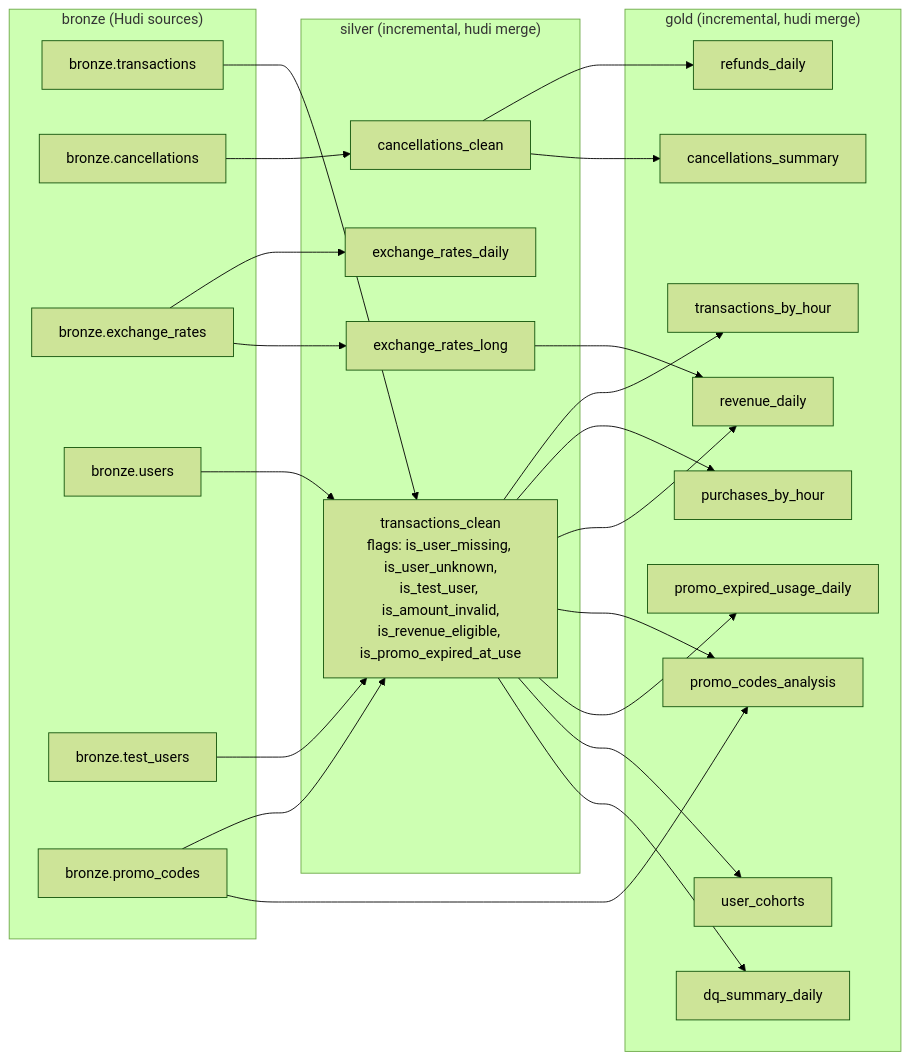
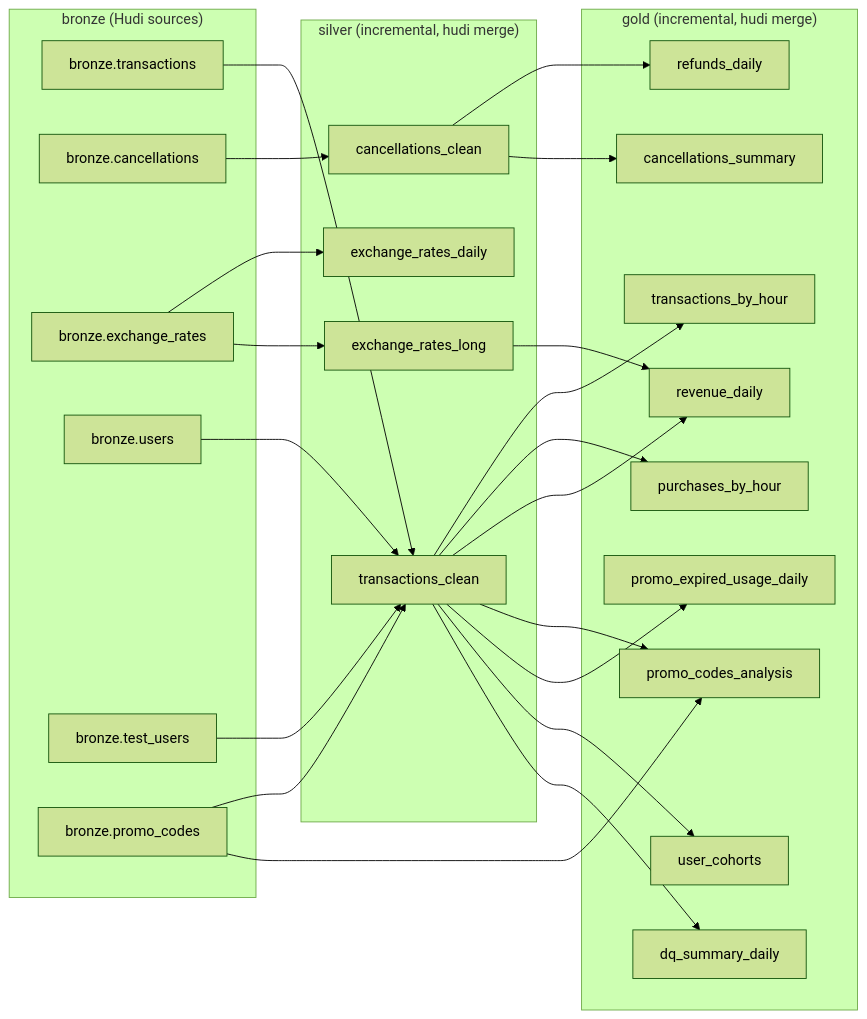
One commit to Alexey-Samodurov/newprolab-de-lab08 changed the fifth of 8 diagrams in docs/01-detailed-architecture.md. Above: the diagram before and after it, drawn with Mermaid (forest theme). The commit also changed other lines of this file and 2 other files, not shown here.

First line of the commit message:
docs: revise and streamline Lab08 user guide for clarity and completeness

````diff
--- a/docs/01-detailed-architecture.md
+++ b/docs/01-detailed-architecture.md
@@ -209,46 +167,46 @@
 ```mermaid
 flowchart LR
   subgraph "bronze (Hudi sources)"
     BTX[bronze.transactions]
     BCAN[bronze.cancellations]
     BER[bronze.exchange_rates]
     BUSR[bronze.users]
     BTU[bronze.test_users]
     BPC[bronze.promo_codes]
   end
   subgraph "silver (incremental, hudi merge)"
-    STX["transactions_clean<br/>flags: is_user_missing, is_user_unknown,<br/>is_test_user, is_amount_invalid,<br/>is_revenue_eligible, is_promo_expired_at_use"]
+    STX[transactions_clean]
     SCAN[cancellations_clean]
     SER[exchange_rates_daily]
     SERL[exchange_rates_long]
   end
   subgraph "gold (incremental, hudi merge)"
     GTBH[transactions_by_hour]
     GPBH[purchases_by_hour]
     GREV[revenue_daily]
     GREF[refunds_daily]
     GPROMO[promo_codes_analysis]
     GPEXP[promo_expired_usage_daily]
     GCAN[cancellations_summary]
     GCOH[user_cohorts]
     GDQ[dq_summary_daily]
   end
   BTX --> STX
   BUSR --> STX
   BTU --> STX
   BPC --> STX
   BCAN --> SCAN
   BER --> SER
   BER --> SERL
   STX --> GTBH
   STX --> GPBH
   STX --> GREV
   SERL --> GREV
   STX --> GPROMO
   BPC --> GPROMO
   STX --> GPEXP
   SCAN --> GREF
   SCAN --> GCAN
   STX --> GCOH
   STX --> GDQ
 ```
````
